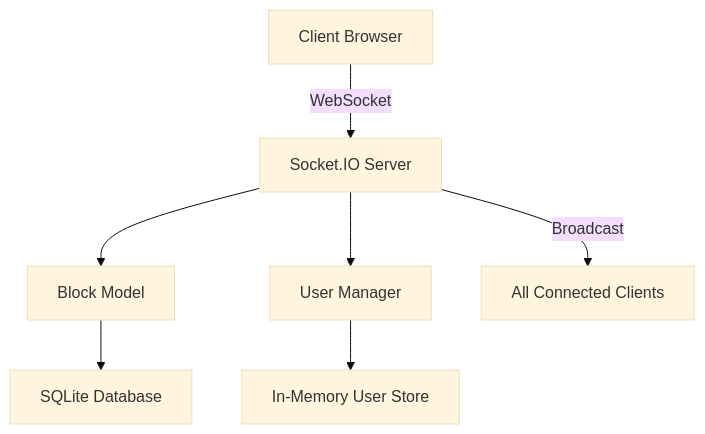
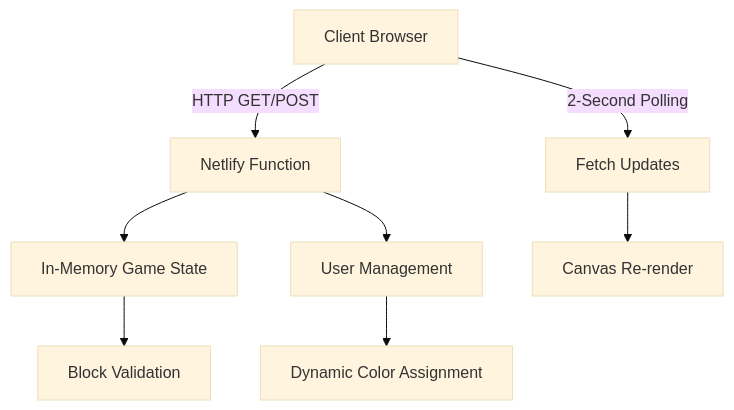
One commit to rishu685/block_claim changed the diagram in README.md. Above: the diagram before and after it, drawn with Mermaid (base theme). The commit also changed other lines of this file, not shown here.

````diff
--- a/README.md
+++ b/README.md
@@ -119,9 +140,10 @@
 ```mermaid
 graph TB
-    A[Client Browser] -->|WebSocket| B[Socket.IO Server]
-    B --> C[Block Model]
-    C --> D[SQLite Database]
-    B --> E[User Manager]
-    E --> F[In-Memory User Store]
-    B -->|Broadcast| G[All Connected Clients]
+    A[Client Browser] -->|HTTP GET/POST| B[Netlify Function]
+    B --> C[In-Memory Game State]
+    C --> D[Block Validation] 
+    B --> E[User Management]
+    E --> F[Dynamic Color Assignment]
+    A -->|2-Second Polling| G[Fetch Updates]
+    G --> H[Canvas Re-render]
 ```
````
